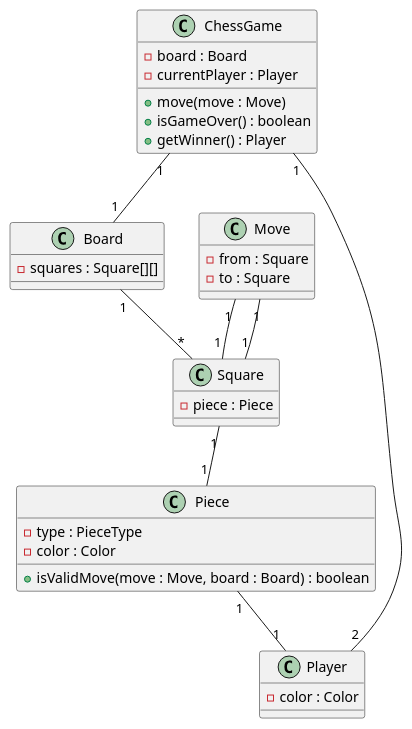
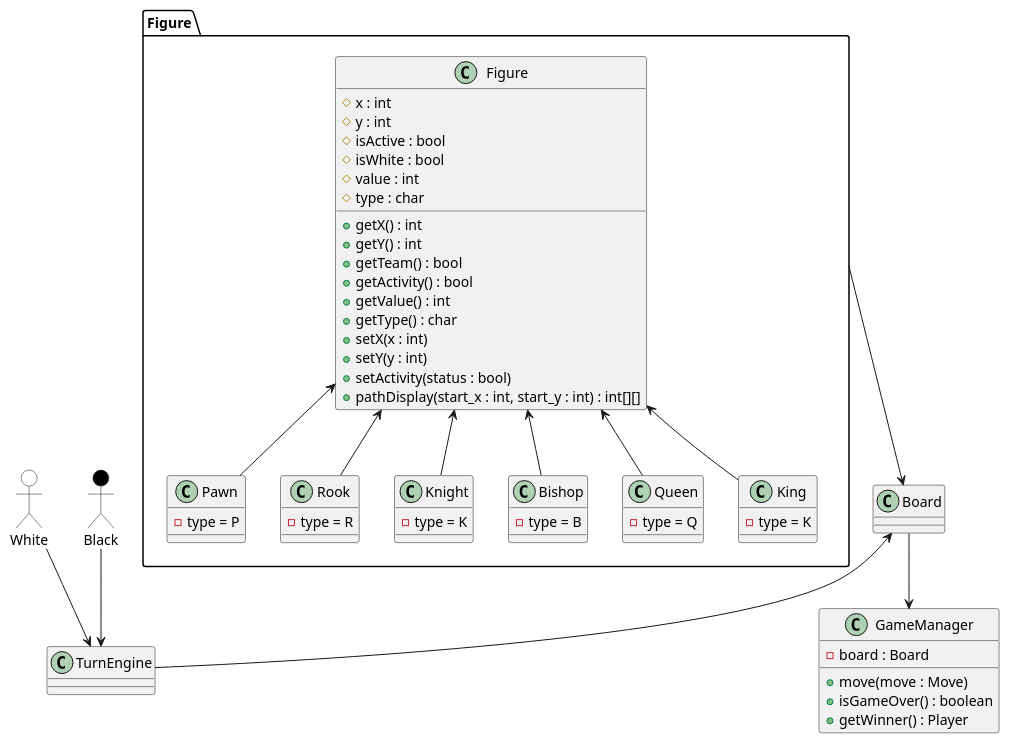
Before and after one commit to mirai-ux/czeski_szach: the diagram in README.md, drawn with PlantUML. The commit also changed 15 other files, not shown here.

Commit message:
autoformatting on .java and uml progress

````diff
--- a/README.md
+++ b/README.md
@@ -10,42 +10,70 @@
 ```plantuml
 @startuml
-class ChessGame {
+allowmixing
+class Figure.Figure {
+    # x : int
+    # y : int
+    # isActive : bool
+    # isWhite : bool
+    # value : int
+    # type : char
+
+    + getX() : int
+    + getY() : int
+    + getTeam() : bool
+    + getActivity() : bool
+    + getValue() : int
+    + getType() : char
+    + setX(x : int)
+    + setY(y : int)
+    + setActivity(status : bool)
+    + pathDisplay(start_x : int, start_y : int) : int[][]
+}
+class Figure.Pawn {
+    - type = P
+}
+class Figure.Rook {
+    - type = R
+}
+class Figure.Knight {
+    - type = K
+}
+class Figure.Bishop {
+    - type = B
+}
+class Figure.Queen {
+    - type = Q
+}
+class Figure.King {
+    - type = K
+}
+class GameManager {
     - board : Board
-    - currentPlayer : Player
     + move(move : Move)
     + isGameOver() : boolean
     + getWinner() : Player
 }
 
-class Board {
-    - squares : Square[][]
-}
+class Board
+class TurnEngine
 
-class Square {
-    - piece : Piece
-}
+actor White #white
+actor Black #black
 
-class Piece {
-    - type : PieceType
-    - color : Color
-    + isValidMove(move : Move, board : Board) : boolean
-}
+White --> TurnEngine
+Black --> TurnEngine
 
-class Player {
-    - color : Color
-}
+TurnEngine -u-> Board
 
-class Move {
-    - from : Square
-    - to : Square
-}
+Figure --> Board
+Board --> GameManager
+Figure.Figure <-d- Figure.Pawn
+Figure.Figure <-d- Figure.Rook
+Figure.Figure <-d- Figure.Knight
+Figure.Figure <-d- Figure.Bishop
+Figure.Figure <-d- Figure.Queen
+Figure.Figure <-d- Figure.King
 
-ChessGame "1" -- "1" Board
-ChessGame "1" -- "2" Player
-Board "1" -- "*" Square
-Square "1" -- "1" Piece
-Move "1" -- "1" Square
-Move "1" -- "1" Square
-Piece "1" -- "1" Player
+
 @enduml
 ```
````
